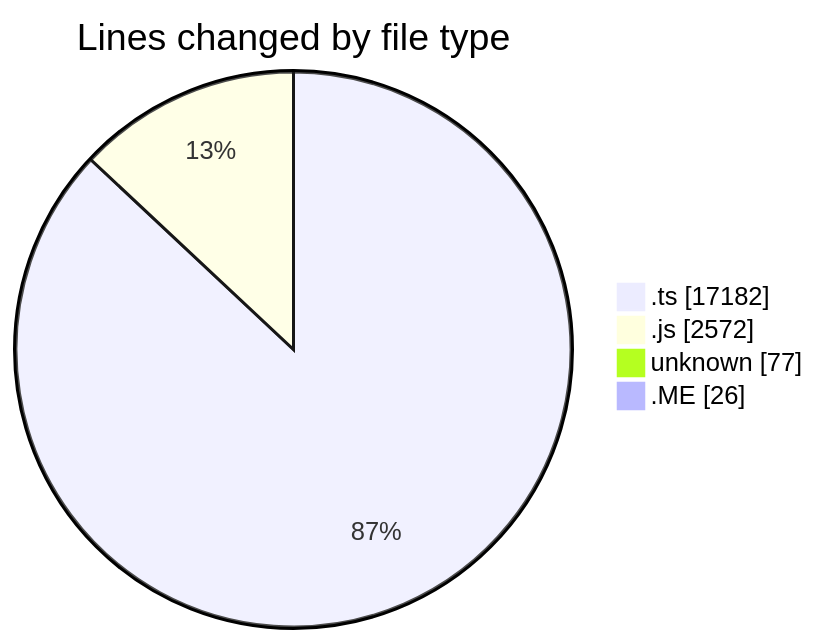
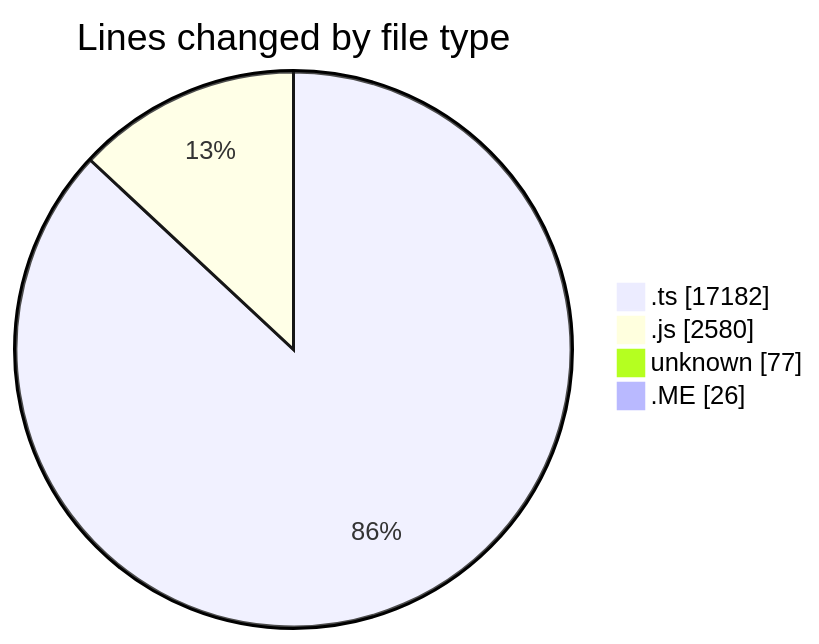
Before and after one commit to momahboobian/code-tracking: the first of 2 diagrams in 2026-02-03/cda/README.md, drawn with Mermaid. The commit also changed other lines of this file and 1 other file, not shown here.

````diff
--- a/2026-02-03/cda/README.md
+++ b/2026-02-03/cda/README.md
@@ -30,8 +30,8 @@
 ```mermaid
 pie showData
 title Lines changed by file type
 ".ts" : 17182
-".js" : 2572
+".js" : 2580
 "unknown" : 77
 ".ME" : 26
 ```
````
